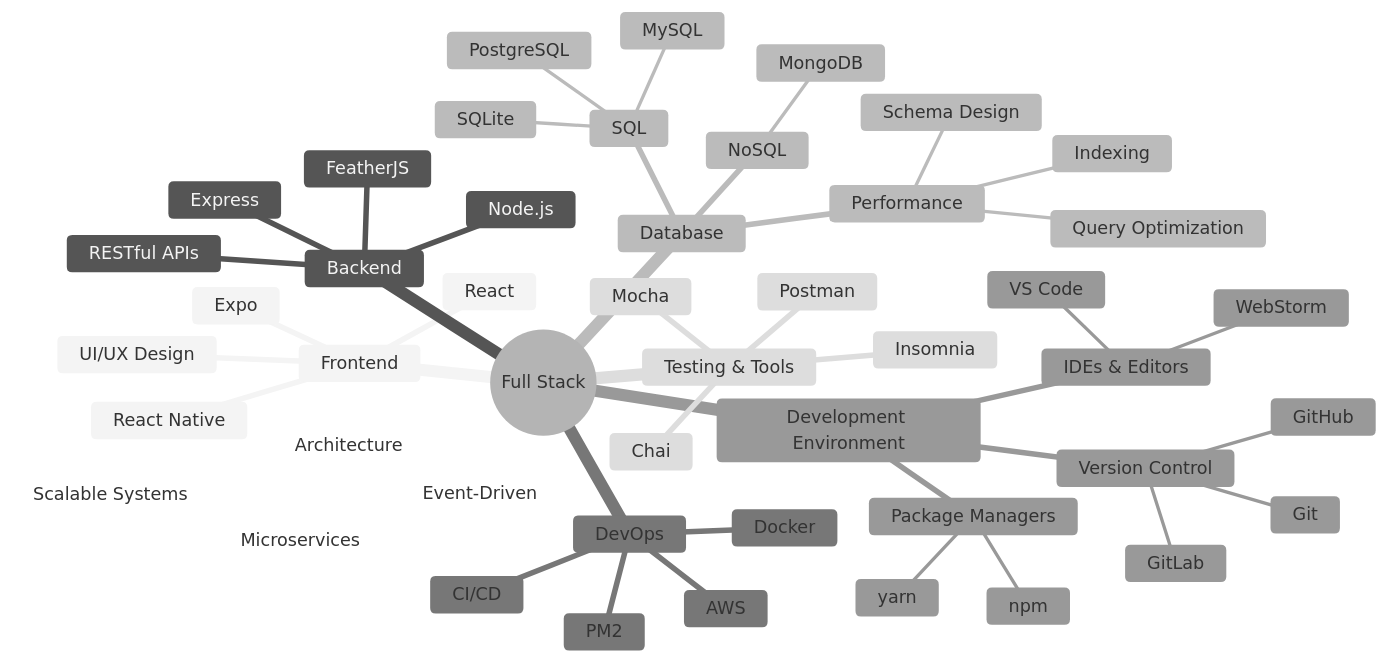
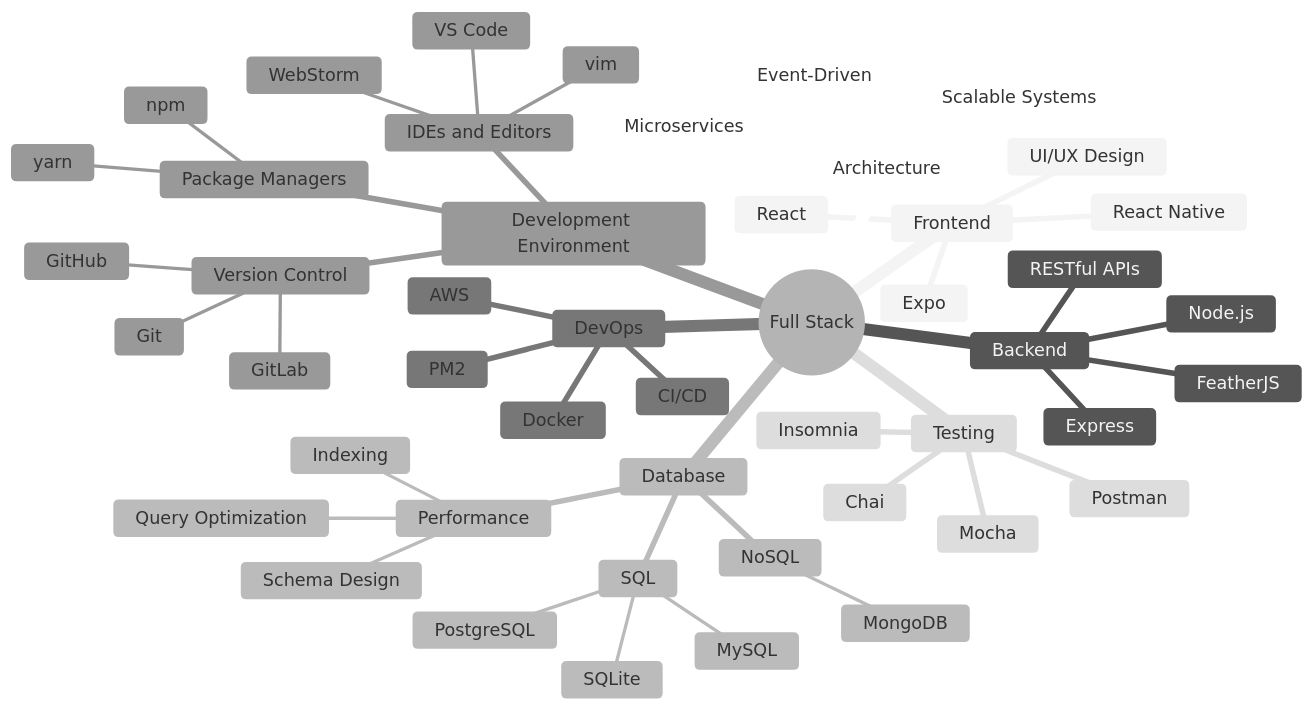
Before and after one commit to esadkrs/esadkrs: the diagram in README.md, drawn with Mermaid (neutral theme).

````diff
--- a/README.md
+++ b/README.md
@@ -43,50 +43,51 @@
 ```mermaid
 mindmap
   root((Full Stack))
     Frontend
       React
       React Native
       Expo
       UI/UX Design
     Backend
       Node.js
       Express
       FeatherJS
       RESTful APIs
     Database
       SQL
         PostgreSQL
         MySQL
         SQLite
       NoSQL
         MongoDB
       Performance
         Query Optimization
         Schema Design
         Indexing
     DevOps
       AWS
       Docker
       PM2
       CI/CD
     Development Environment
       Version Control
         Git
         GitHub
         GitLab
-      IDEs & Editors
+      IDEs and Editors
         VS Code
         WebStorm
+        vim
       Package Managers
         npm
         yarn
-    Testing & Tools
+    Testing
       Mocha
       Chai
       Postman
       Insomnia
     Architecture
       Event-Driven
       Microservices
       Scalable Systems
 ```
````
